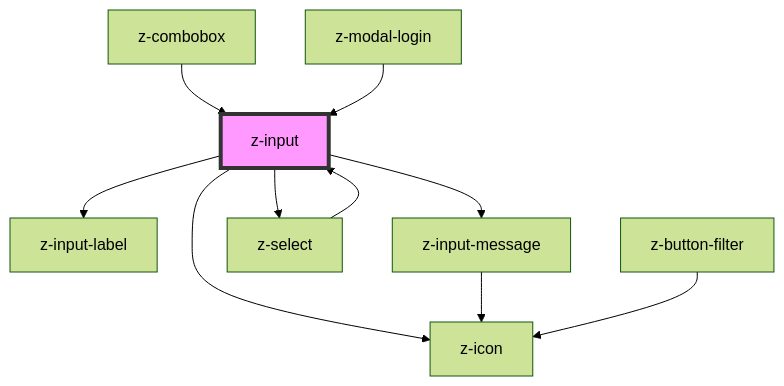
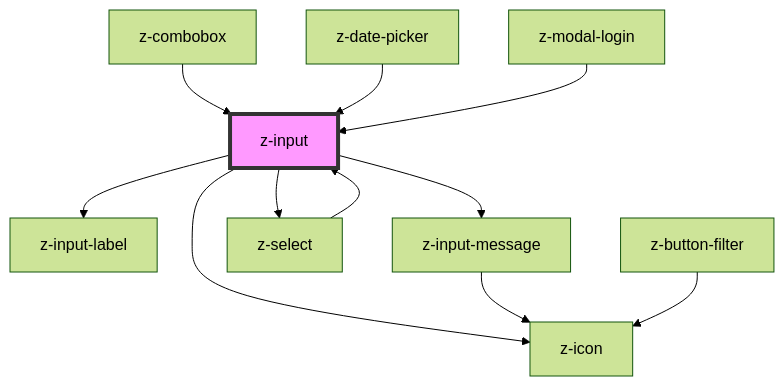
The diagram in src/components/inputs/z-input/readme.md (ZanichelliEditore/design-system), drawn with Mermaid (forest theme) before and after one commit. The commit also changed other lines of this file and 7 other files, not shown here.

Commit message:
feat(z-date-picker): improve style of z-date-picker

````diff
--- a/src/components/inputs/z-input/readme.md
+++ b/src/components/inputs/z-input/readme.md
@@ -211,13 +212,14 @@
 ```mermaid
 graph TD;
   z-input --> z-input-label
   z-input --> z-icon
   z-input --> z-input-message
   z-input --> z-select
   z-input-message --> z-icon
   z-select --> z-input
   z-button-filter --> z-icon
   z-combobox --> z-input
+  z-date-picker --> z-input
   z-modal-login --> z-input
   style z-input fill:#f9f,stroke:#333,stroke-width:4px
 ```
````
